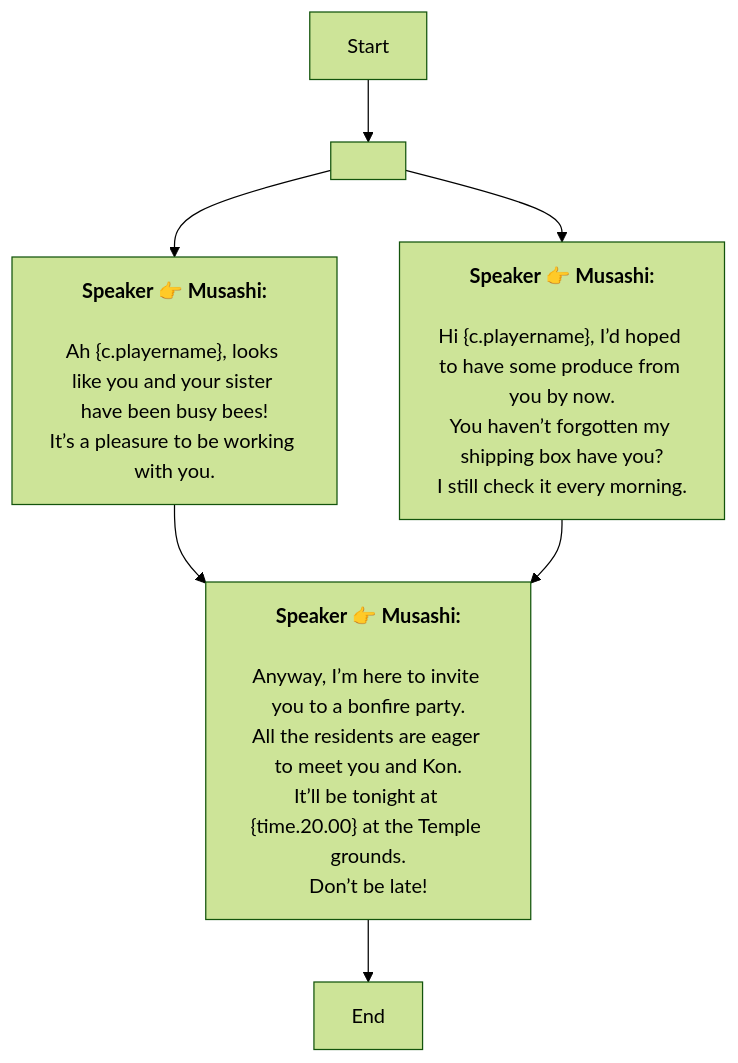
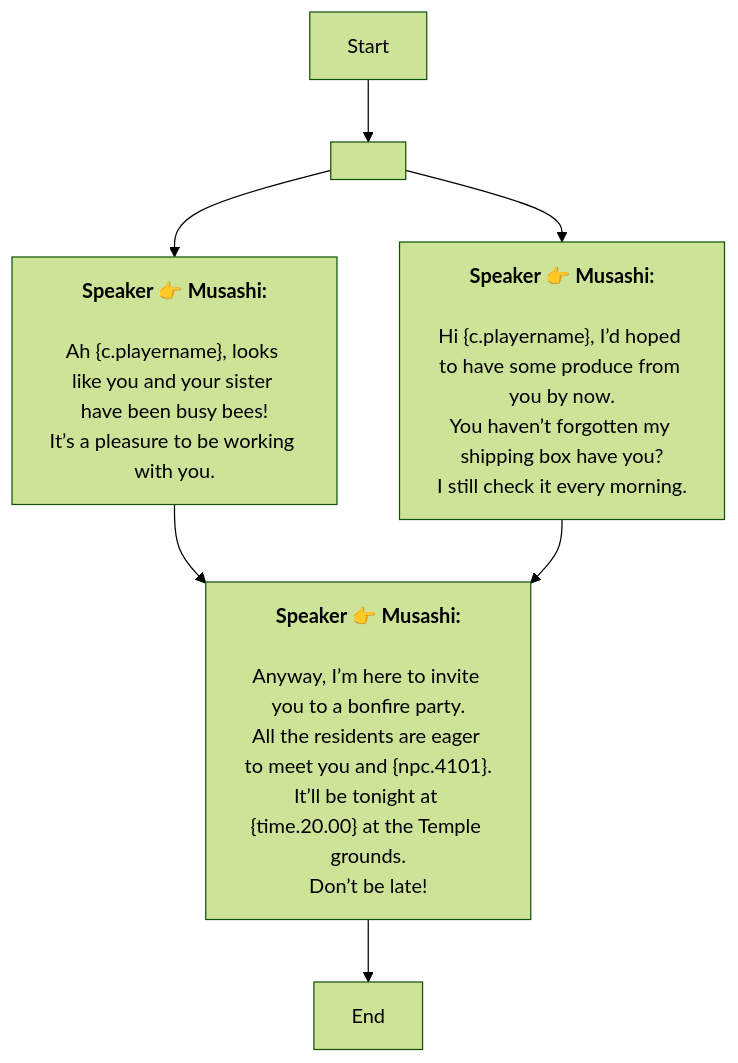
Before and after one commit to SoftHu/tos_avg: the diagram in En/QuestStartTalkENode_1741804807948684.md, drawn with Mermaid (forest theme). The commit also changed 730 other files, not shown here.

````diff
--- a/En/QuestStartTalkENode_1741804807948684.md
+++ b/En/QuestStartTalkENode_1741804807948684.md
@@ -1,21 +1,21 @@
 ```mermaid
 graph
 Start -->1762595293475517[ ]
 1762595293475517 -->1776760274179495[<b>Speaker 👉 Musashi:</b>
 \nHi &lbrace;c.playername&rbrace;, I’d hoped to have some produce from you by now.
 You haven’t forgotten my shipping box have you?
 I still check it every morning.]
 1762595293475517 -->1776760253569445[<b>Speaker 👉 Musashi:</b>
 \nAh &lbrace;c.playername&rbrace;, looks like you and your sister have been busy bees!
 It’s a pleasure to be working with you.]
 1776760253569445 -->1776760302176682[<b>Speaker 👉 Musashi:</b>
 \nAnyway, I’m here to invite you to a bonfire party.
-All the residents are eager to meet you and Kon.
+All the residents are eager to meet you and &lbrace;npc.4101&rbrace;.
 It’ll be tonight at &lbrace;time.20.00&rbrace; at the Temple grounds.\nDon’t be late!]
 1776760302176682 -->1741805387044261[End]
 1776760274179495 -->1776760302176682[<b>Speaker 👉 Musashi:</b>
 \nAnyway, I’m here to invite you to a bonfire party.
-All the residents are eager to meet you and Kon.
+All the residents are eager to meet you and &lbrace;npc.4101&rbrace;.
 It’ll be tonight at &lbrace;time.20.00&rbrace; at the Temple grounds.\nDon’t be late!]
 
 ```
````
